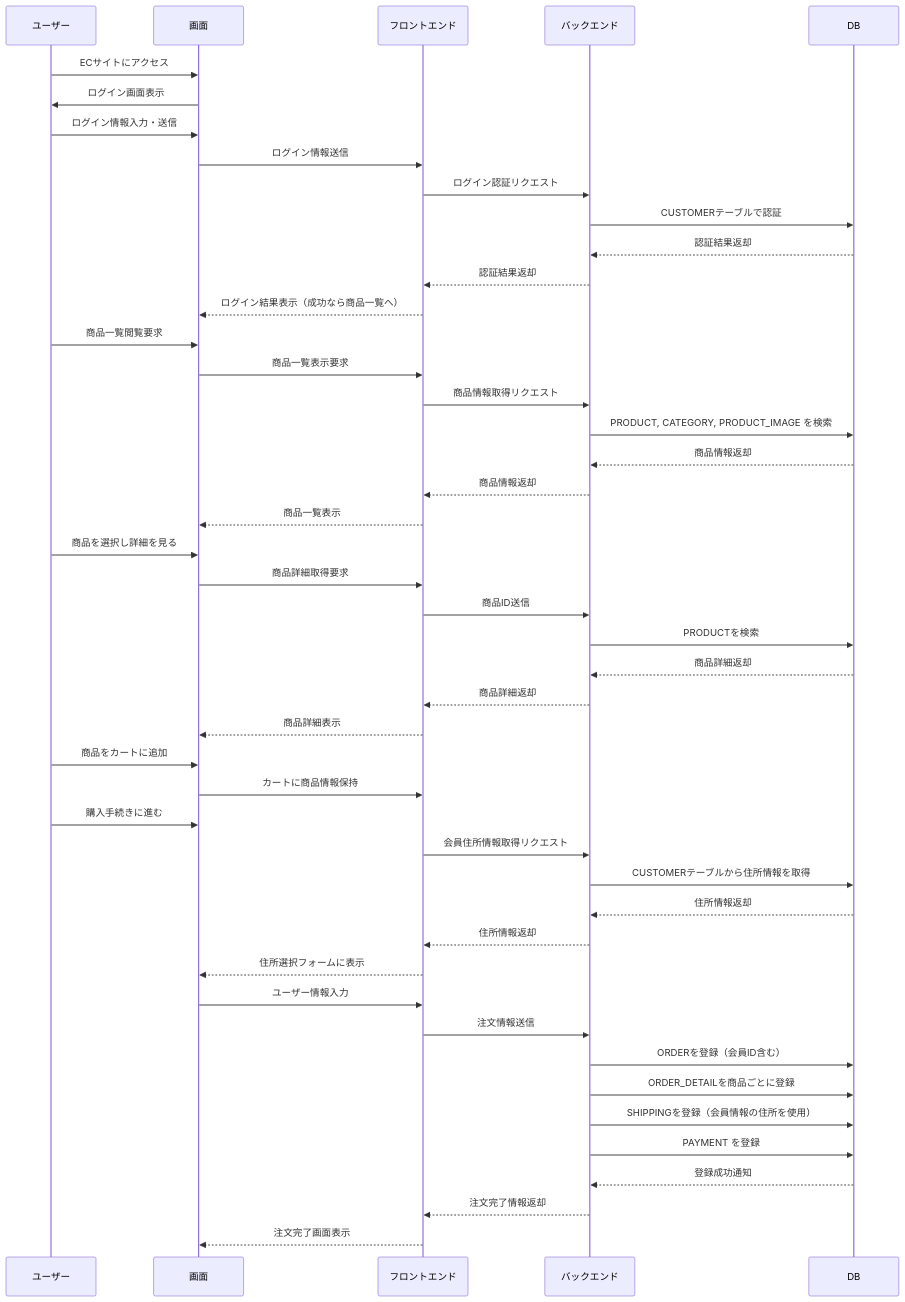
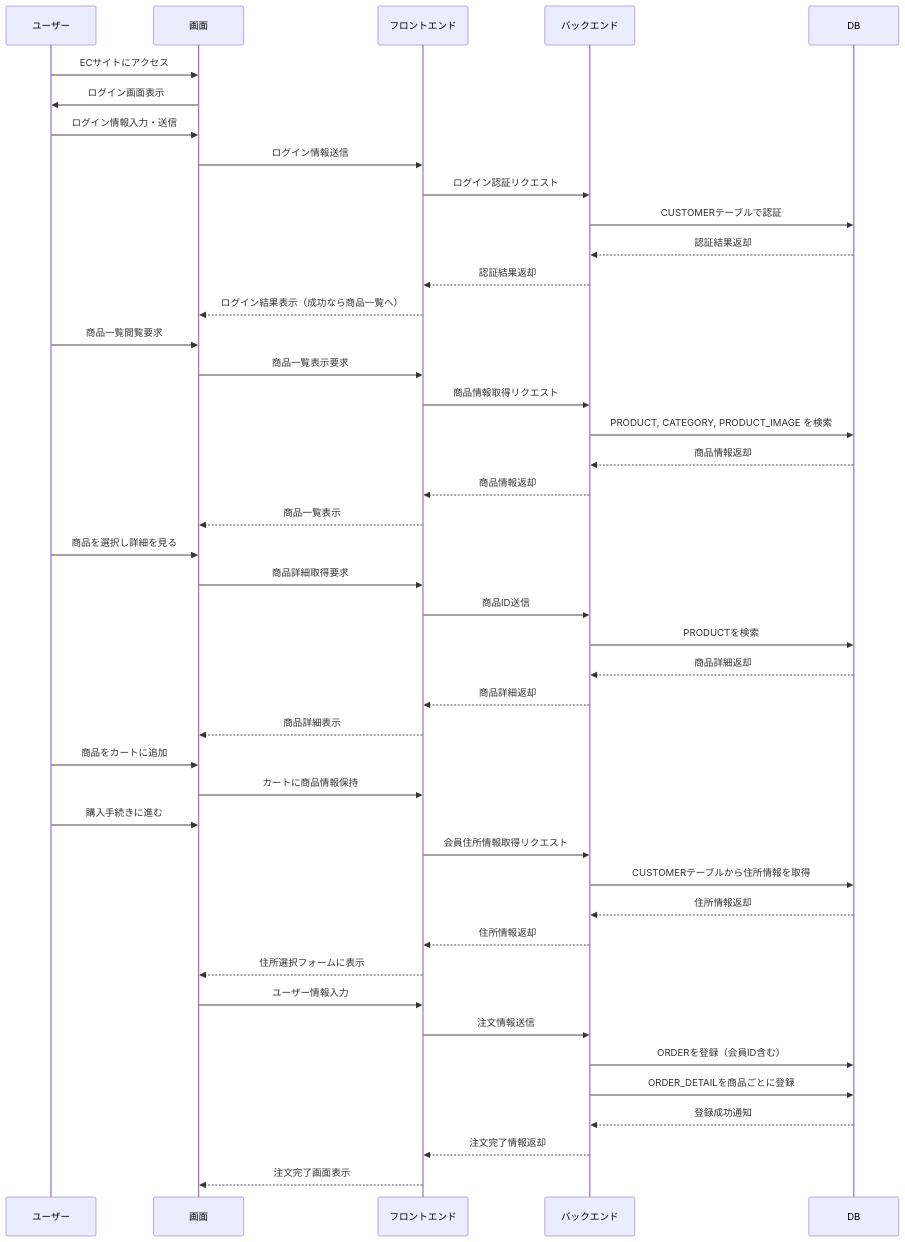
The third of 5 diagrams in 基本設計/D.md (YUKlT0/Equipe), drawn with Mermaid before and after one commit. The commit also changed other lines of this file, not shown here.

```diff
--- a/基本設計/D.md
+++ b/基本設計/D.md
@@ -277,54 +231,52 @@
 <div class="mermaid">
 sequenceDiagram
     participant ユーザー
     participant 画面
     participant フロントエンド
     participant バックエンド
     participant DB
 
     ユーザー->>画面: ECサイトにアクセス
     画面->>ユーザー: ログイン画面表示
     ユーザー->>画面: ログイン情報入力・送信
     画面->>フロントエンド: ログイン情報送信
     フロントエンド->>バックエンド: ログイン認証リクエスト
     バックエンド->>DB: CUSTOMERテーブルで認証
     DB-->>バックエンド: 認証結果返却
     バックエンド-->>フロントエンド: 認証結果返却
     フロントエンド-->>画面: ログイン結果表示（成功なら商品一覧へ）
 
     ユーザー->>画面: 商品一覧閲覧要求
     画面->>フロントエンド: 商品一覧表示要求
     フロントエンド->>バックエンド: 商品情報取得リクエスト
     バックエンド->>DB: PRODUCT, CATEGORY, PRODUCT_IMAGE を検索
     DB-->>バックエンド: 商品情報返却
     バックエンド-->>フロントエンド: 商品情報返却
     フロントエンド-->>画面: 商品一覧表示
 
     ユーザー->>画面: 商品を選択し詳細を見る
     画面->>フロントエンド: 商品詳細取得要求
     フロントエンド->>バックエンド: 商品ID送信
     バックエンド->>DB: PRODUCTを検索
     DB-->>バックエンド: 商品詳細返却
     バックエンド-->>フロントエンド: 商品詳細返却
     フロントエンド-->>画面: 商品詳細表示
 
     ユーザー->>画面: 商品をカートに追加
     画面->>フロントエンド: カートに商品情報保持
 
     ユーザー->>画面: 購入手続きに進む
     フロントエンド->>バックエンド: 会員住所情報取得リクエスト
     バックエンド->>DB: CUSTOMERテーブルから住所情報を取得
     DB-->>バックエンド: 住所情報返却
     バックエンド-->>フロントエンド: 住所情報返却
     フロントエンド-->>画面: 住所選択フォームに表示
     画面->>フロントエンド: ユーザー情報入力
     フロントエンド->>バックエンド: 注文情報送信
 
     バックエンド->>DB: ORDERを登録（会員ID含む）
     バックエンド->>DB: ORDER_DETAILを商品ごとに登録
-    バックエンド->>DB: SHIPPINGを登録（会員情報の住所を使用）
-    バックエンド->>DB: PAYMENT を登録
     DB-->>バックエンド: 登録成功通知
     バックエンド-->>フロントエンド: 注文完了情報返却
     フロントエンド-->>画面: 注文完了画面表示
 </div>
```
